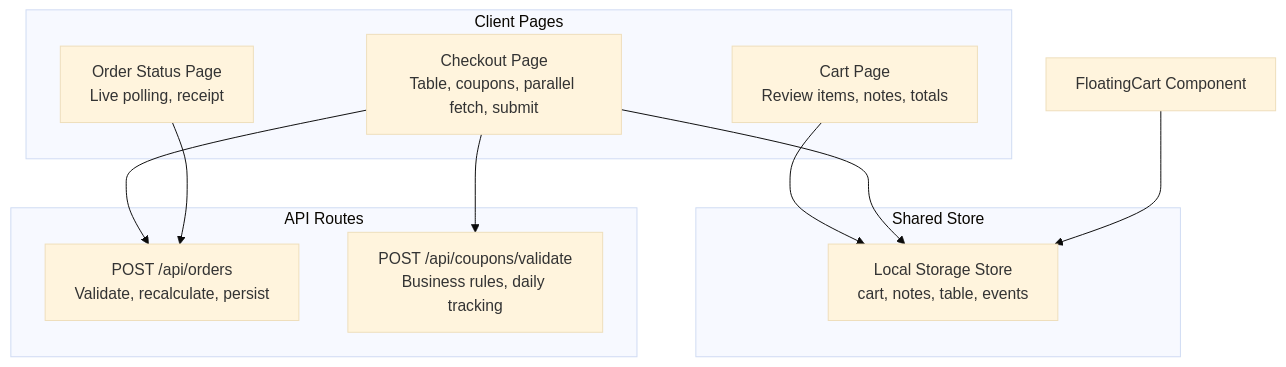
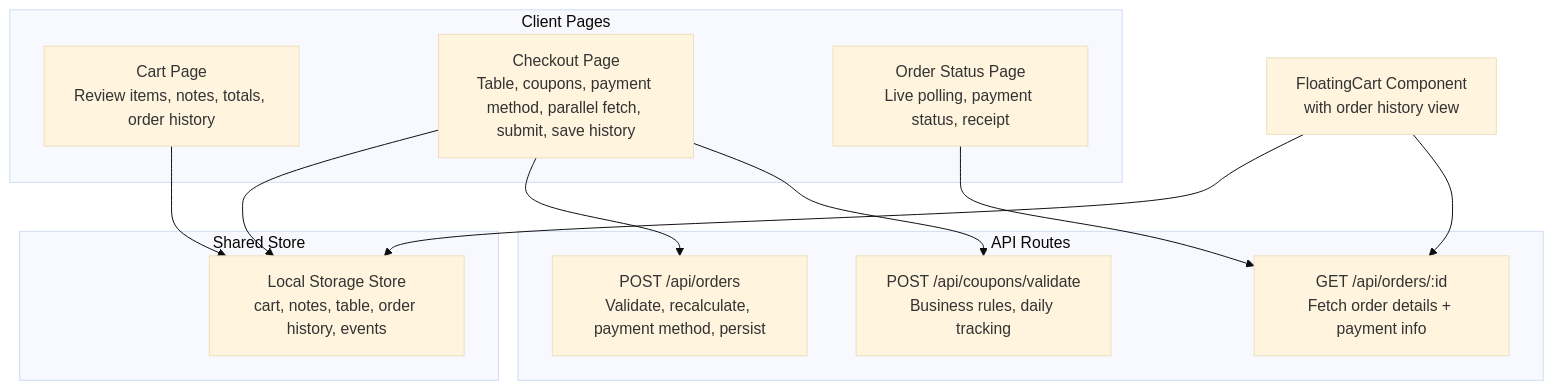
Before and after one commit to Ice-Nao-Eevee/Tera_Work: the first of 11 diagrams in .qoder/repowiki/en/content/Core Features/Cart & Ordering System.md, drawn with Mermaid (base theme). The commit also changed other lines of this file and 55 other files, not shown here.

````diff
--- a/.qoder/repowiki/en/content/Core Features/Cart & Ordering System.md
+++ b/.qoder/repowiki/en/content/Core Features/Cart & Ordering System.md
@@ -52,21 +57,23 @@
 ```mermaid
 graph TB
 subgraph "Client Pages"
-CartPage["Cart Page<br/>Review items, notes, totals"]
-CheckoutPage["Checkout Page<br/>Table, coupons, parallel fetch, submit"]
-OrderStatusPage["Order Status Page<br/>Live polling, receipt"]
+CartPage["Cart Page<br/>Review items, notes, totals, order history"]
+CheckoutPage["Checkout Page<br/>Table, coupons, payment method, parallel fetch, submit, save history"]
+OrderStatusPage["Order Status Page<br/>Live polling, payment status, receipt"]
 end
 subgraph "Shared Store"
-Store["Local Storage Store<br/>cart, notes, table, events"]
+Store["Local Storage Store<br/>cart, notes, table, order history, events"]
 end
 subgraph "API Routes"
-OrdersAPI["POST /api/orders<br/>Validate, recalculate, persist"]
+OrdersAPI["POST /api/orders<br/>Validate, recalculate, payment method, persist"]
+OrderDetailAPI["GET /api/orders/:id<br/>Fetch order details + payment info"]
 CouponsAPI["POST /api/coupons/validate<br/>Business rules, daily tracking"]
 end
 CartPage --> Store
 CheckoutPage --> Store
-FloatingCart["FloatingCart Component"] --> Store
+FloatingCart["FloatingCart Component<br/>with order history view"] --> Store
 CheckoutPage --> OrdersAPI
 CheckoutPage --> CouponsAPI
-OrderStatusPage --> OrdersAPI
+OrderStatusPage --> OrderDetailAPI
+FloatingCart --> OrderDetailAPI
 ```
````
